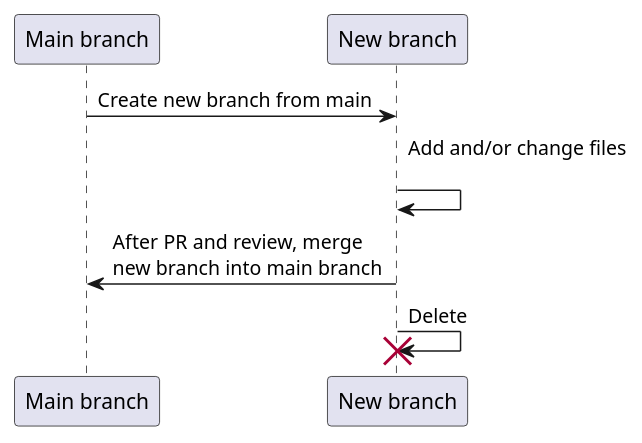
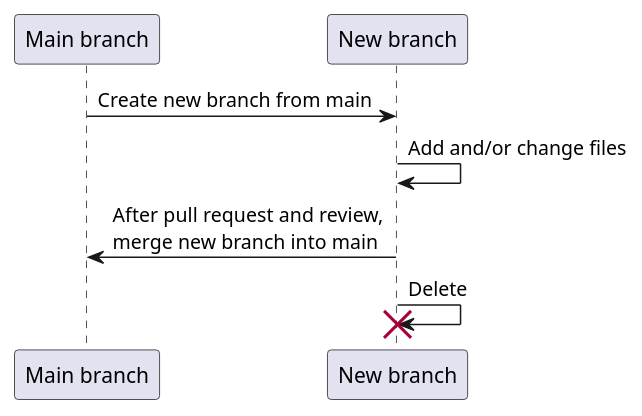
Before and after one commit to rostools/cog-flow-intro: the diagram in branching-simple.puml, drawn with PlantUML.

Commit message:
docs: pr -> pull request

```diff
--- a/branching-simple.puml
+++ b/branching-simple.puml
@@ -1,9 +1,9 @@
 @startuml branching-simple
 
 "Main branch" -> "New branch": Create new branch from main
-"New branch" -> "New branch": Add and/or change files\n
-"New branch" -> "Main branch": After PR and review, merge\nnew branch into main branch
+"New branch" -> "New branch": Add and/or change files
+"New branch" -> "Main branch": After pull request and review,\nmerge new branch into main
 "New branch" -> "New branch" !! : Delete
 
 
 @enduml
```
